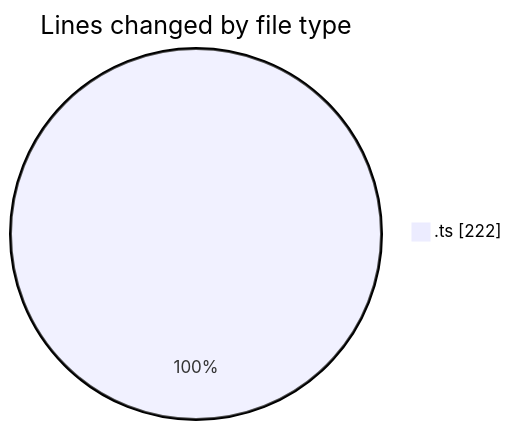
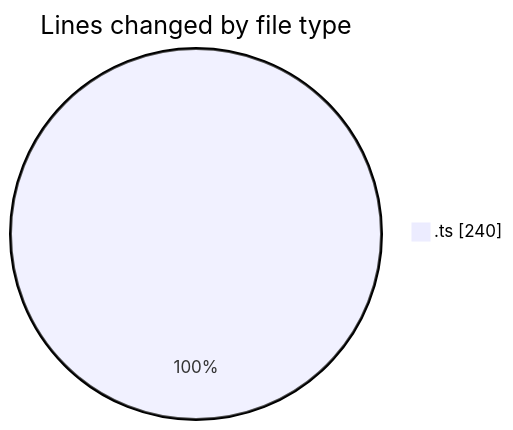
Before and after one commit to igalym/code-tracking: the first of 2 diagrams in 2026-03-31/cinema/README.md, drawn with Mermaid. The commit also changed other lines of this file and 1 other file, not shown here.

````diff
--- a/2026-03-31/cinema/README.md
+++ b/2026-03-31/cinema/README.md
@@ -30,5 +30,5 @@
 ```mermaid
 pie showData
 title Lines changed by file type
-".ts" : 222
+".ts" : 240
 ```
````
